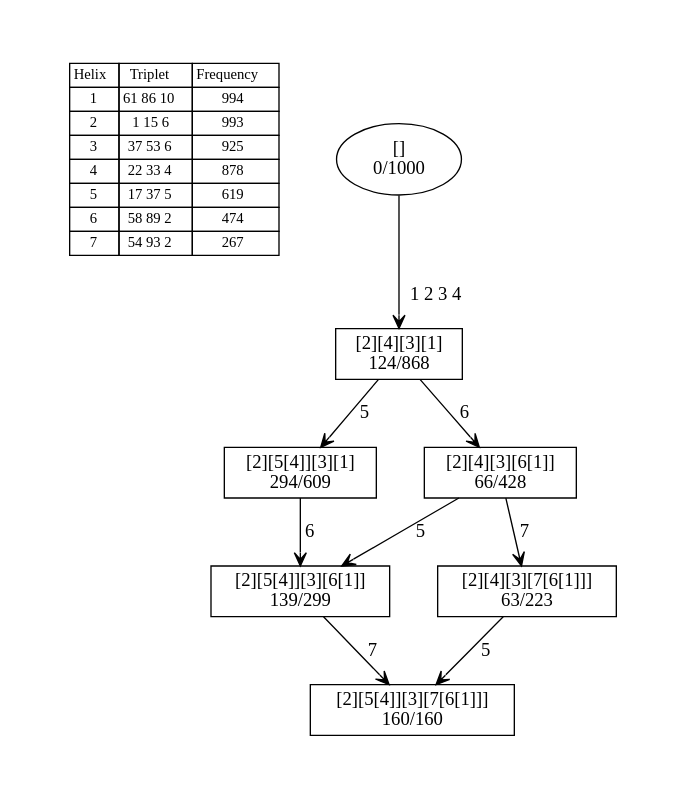
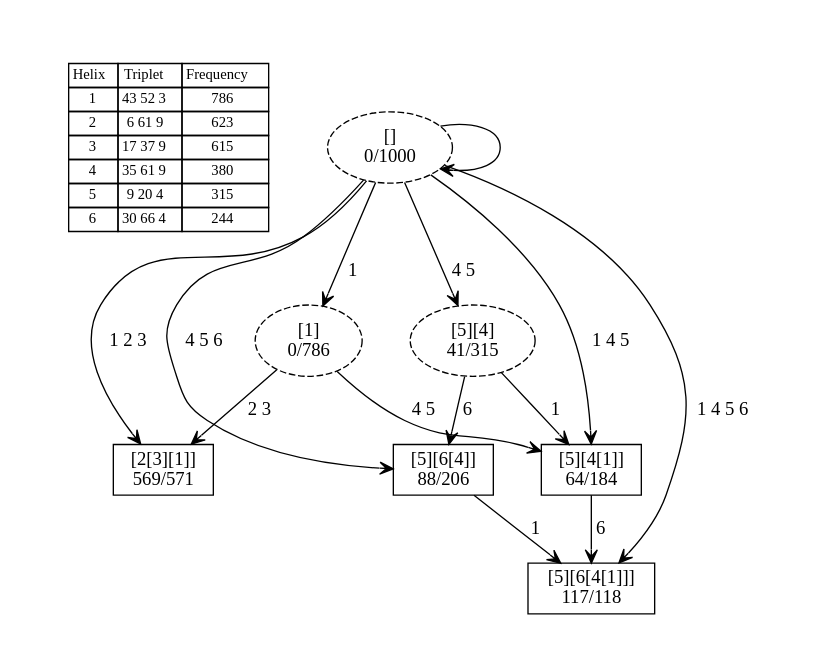
Before and after one commit to Roentgeni/prediction: the diagram in profile.dot, drawn with Graphviz. The commit also changed 3 other files, not shown here.

```diff
--- a/profile.dot
+++ b/profile.dot
@@ -1,34 +1,40 @@
 digraph G {
 	pad = 0.5;
 	nodesep = 0.5;
 "legend" [label = < <table border="0" cellborder="1" cellspacing="0"><tr><td>Helix</td><td>Triplet</td><td>Frequency</td></tr>
-<tr><td>1</td><td>61 86 10</td><td>994</td></tr>
-<tr><td>2</td><td>1 15 6</td><td>993</td></tr>
-<tr><td>3</td><td>37 53 6</td><td>925</td></tr>
-<tr><td>4</td><td>22 33 4</td><td>878</td></tr>
-<tr><td>5</td><td>17 37 5</td><td>619</td></tr>
-<tr><td>6</td><td>58 89 2</td><td>474</td></tr>
-<tr><td>7</td><td>54 93 2</td><td>267</td></tr>
+<tr><td>1</td><td>43 52 3</td><td>786</td></tr>
+<tr><td>2</td><td>6 61 9</td><td>623</td></tr>
+<tr><td>3</td><td>17 37 9</td><td>615</td></tr>
+<tr><td>4</td><td>35 61 9</td><td>380</td></tr>
+<tr><td>5</td><td>9 20 4</td><td>315</td></tr>
+<tr><td>6</td><td>30 66 4</td><td>244</td></tr>
 </table>>, shape = plaintext, fontsize=11];
-"1 2 3 4 5 " [shape = box];
-"1 2 3 4 5 6 7 " [shape = box];
-"1 2 3 4 5 6 " [shape = box];
-"1 2 3 4 " [shape = box];
-"1 2 3 4 6 " [shape = box];
-"1 2 3 4 6 7 " [shape = box];
-"1 2 3 4 5 " [label = "[2][5[4]][3][1]\n294/609"];
-"1 2 3 4 5 6 7 " [label = "[2][5[4]][3][7[6[1]]]\n160/160"];
-"1 2 3 4 5 6 " [label = "[2][5[4]][3][6[1]]\n139/299"];
-"1 2 3 4 " [label = "[2][4][3][1]\n124/868"];
-"1 2 3 4 6 " [label = "[2][4][3][6[1]]\n66/428"];
-"1 2 3 4 6 7 " [label = "[2][4][3][7[6[1]]]\n63/223"];
+"1 2 3 " [shape = box];
+"1 4 5 6 " [shape = box];
+"4 5 6 " [shape = box];
+"1 4 5 " [shape = box];
+"1 " [style = dashed];
+"" [style = dashed];
+"4 5 " [style = dashed];
+"1 2 3 " [label = "[2[3][1]]\n569/571"];
+"1 4 5 6 " [label = "[5][6[4[1]]]\n117/118"];
+"4 5 6 " [label = "[5][6[4]]\n88/206"];
+"1 4 5 " [label = "[5][4[1]]\n64/184"];
+"1 " [label = "[1]\n0/786"];
+"" [label = "\n0/1000"];
+"4 5 " [label = "[5][4]\n41/315"];
 "" [label = "[]\n0/1000"];
-"1 2 3 4 5 " -> "1 2 3 4 5 6 " [label = "6 ", arrowhead = vee];
-"1 2 3 4 5 6 " -> "1 2 3 4 5 6 7 " [label = "7 ", arrowhead = vee];
-"1 2 3 4 " -> "1 2 3 4 5 " [label = "5 ", arrowhead = vee];
-"1 2 3 4 " -> "1 2 3 4 6 " [label = "6 ", arrowhead = vee];
-"1 2 3 4 6 " -> "1 2 3 4 5 6 " [label = "5 ", arrowhead = vee];
-"1 2 3 4 6 " -> "1 2 3 4 6 7 " [label = "7 ", arrowhead = vee];
-"1 2 3 4 6 7 " -> "1 2 3 4 5 6 7 " [label = "5 ", arrowhead = vee];
-"" -> "1 2 3 4 " [label = "1 2 3 4 ", arrowhead = vee];
+"4 5 6 " -> "1 4 5 6 " [label = "1 ", arrowhead = vee];
+"1 4 5 " -> "1 4 5 6 " [label = "6 ", arrowhead = vee];
+"1 " -> "1 2 3 " [label = "2 3 ", arrowhead = vee];
+"1 " -> "1 4 5 " [label = "4 5 ", arrowhead = vee];
+"4 5 " -> "4 5 6 " [label = "6 ", arrowhead = vee];
+"4 5 " -> "1 4 5 " [label = "1 ", arrowhead = vee];
+"" -> "1 2 3 " [label = "1 2 3 ", arrowhead = vee];
+"" -> "1 4 5 6 " [label = "1 4 5 6 ", arrowhead = vee];
+"" -> "4 5 6 " [label = "4 5 6 ", arrowhead = vee];
+"" -> "1 4 5 " [label = "1 4 5 ", arrowhead = vee];
+"" -> "1 " [label = "1 ", arrowhead = vee];
+"" -> "" [label = "", arrowhead = vee];
+"" -> "4 5 " [label = "4 5 ", arrowhead = vee];
 }
```
